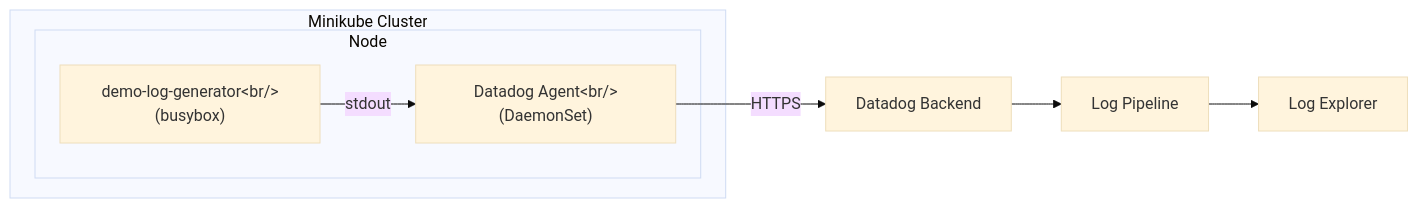
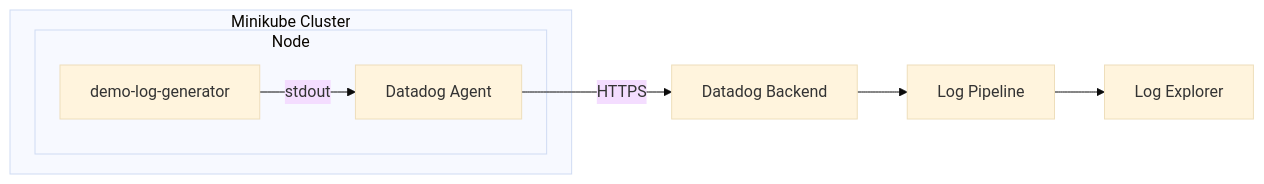
One commit to ddalexvea/datadog-sandboxes-by-ai changed the diagram in logs/grok-log-pipeline/README.md. Above: the diagram before and after it, drawn with Mermaid (base theme).

Commit message:
Fix Mermaid diagram - remove escaped br tags

````diff
--- a/logs/grok-log-pipeline/README.md
+++ b/logs/grok-log-pipeline/README.md
@@ -11,14 +11,14 @@
 ```mermaid
 flowchart LR
     subgraph Minikube["Minikube Cluster"]
         subgraph Node["Node"]
-            Pod["demo-log-generator&lt;br/&gt;(busybox)"]
-            Agent["Datadog Agent&lt;br/&gt;(DaemonSet)"]
+            Pod["demo-log-generator"]
+            Agent["Datadog Agent"]
         end
     end
     
     Pod -->|stdout| Agent
     Agent -->|HTTPS| DD["Datadog Backend"]
     DD --> Pipeline["Log Pipeline"]
     Pipeline --> Explorer["Log Explorer"]
 ```
````
